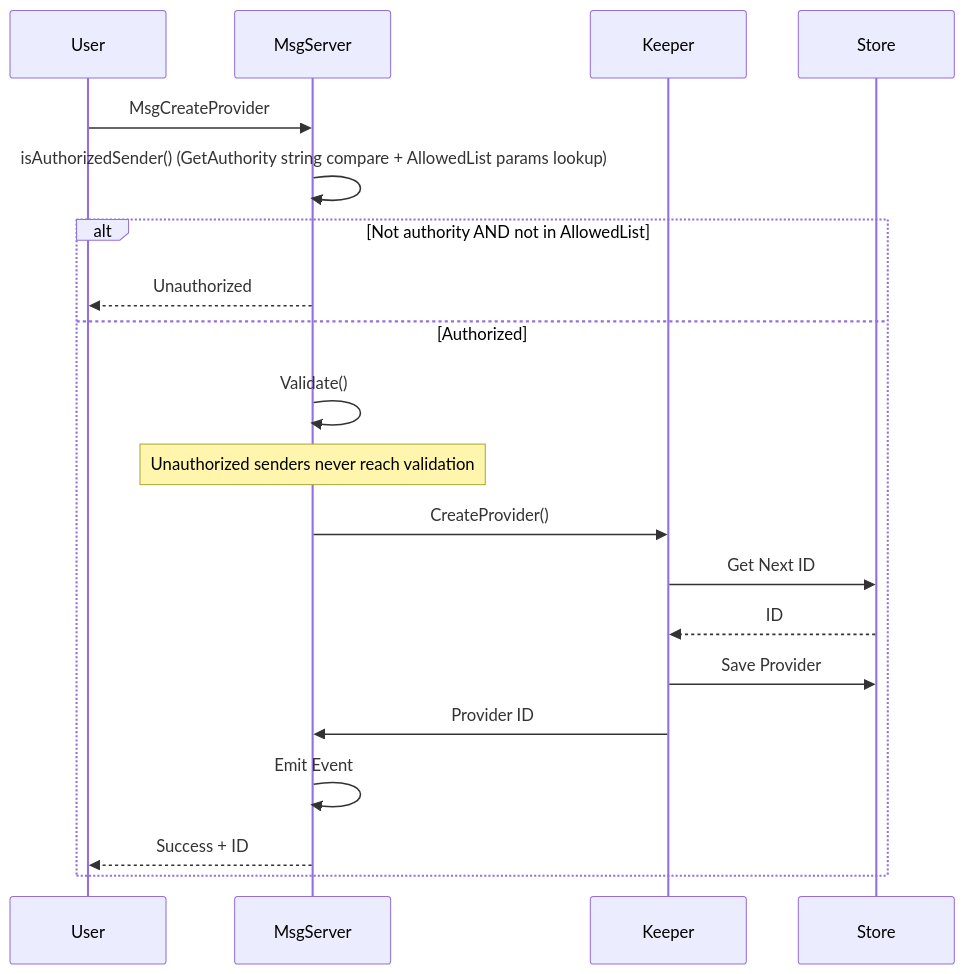
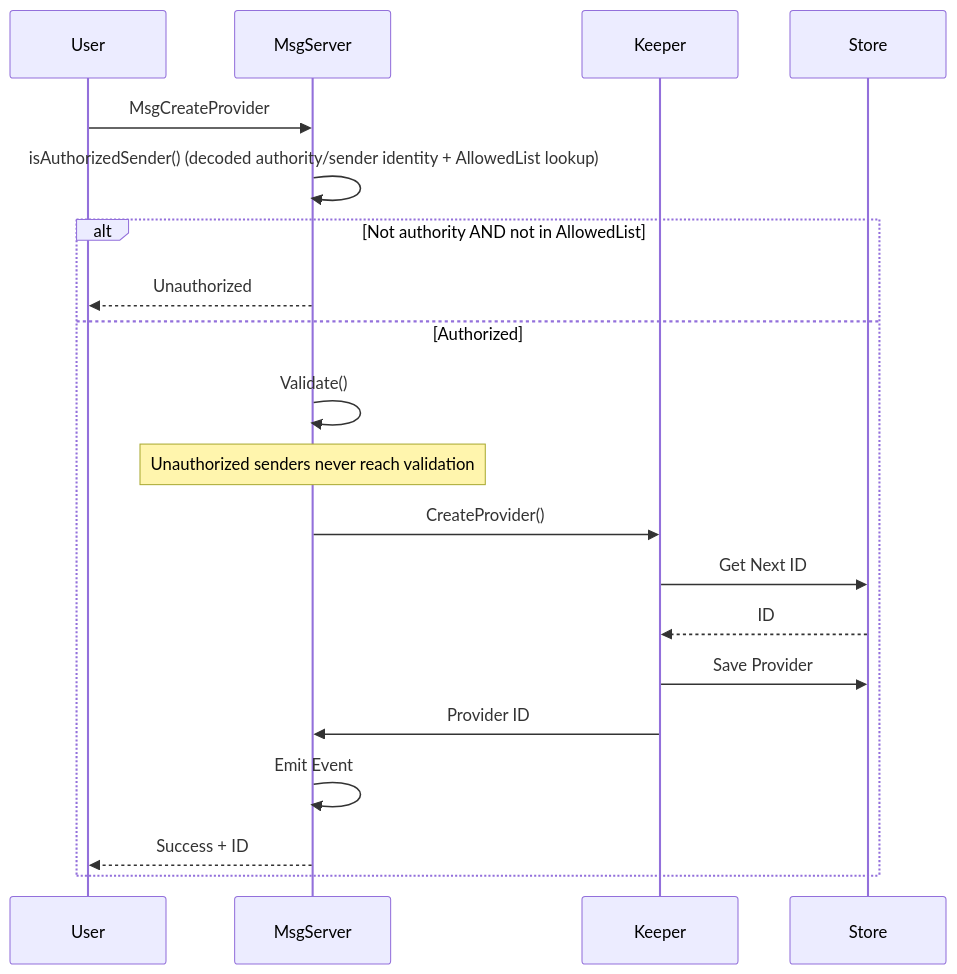
One commit to manifest-network/manifest-ledger changed the fourth of 6 diagrams in x/sku/docs/ARCHITECTURE.md. Above: the diagram before and after it, drawn with Mermaid. The commit also changed other lines of this file and 55 other files, not shown here.

````diff
--- a/x/sku/docs/ARCHITECTURE.md
+++ b/x/sku/docs/ARCHITECTURE.md
@@ -219,23 +235,23 @@
 ```mermaid
 sequenceDiagram
     participant User
     participant MsgServer
     participant Keeper
     participant Store
 
     User->>MsgServer: MsgCreateProvider
-    MsgServer->>MsgServer: isAuthorizedSender() (GetAuthority string compare + AllowedList params lookup)
+    MsgServer->>MsgServer: isAuthorizedSender() (decoded authority/sender identity + AllowedList lookup)
     alt Not authority AND not in AllowedList
         MsgServer-->>User: Unauthorized
     else Authorized
         MsgServer->>MsgServer: Validate()
         Note over MsgServer: Unauthorized senders never reach validation
         MsgServer->>Keeper: CreateProvider()
         Keeper->>Store: Get Next ID
         Store-->>Keeper: ID
         Keeper->>Store: Save Provider
         Keeper->>MsgServer: Provider ID
         MsgServer->>MsgServer: Emit Event
         MsgServer-->>User: Success + ID
     end
 ```
````
